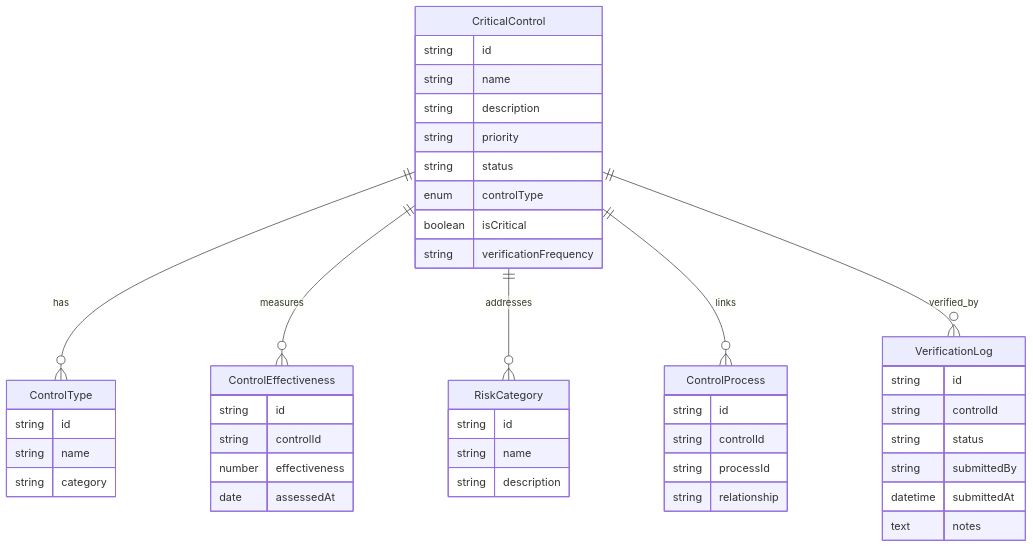
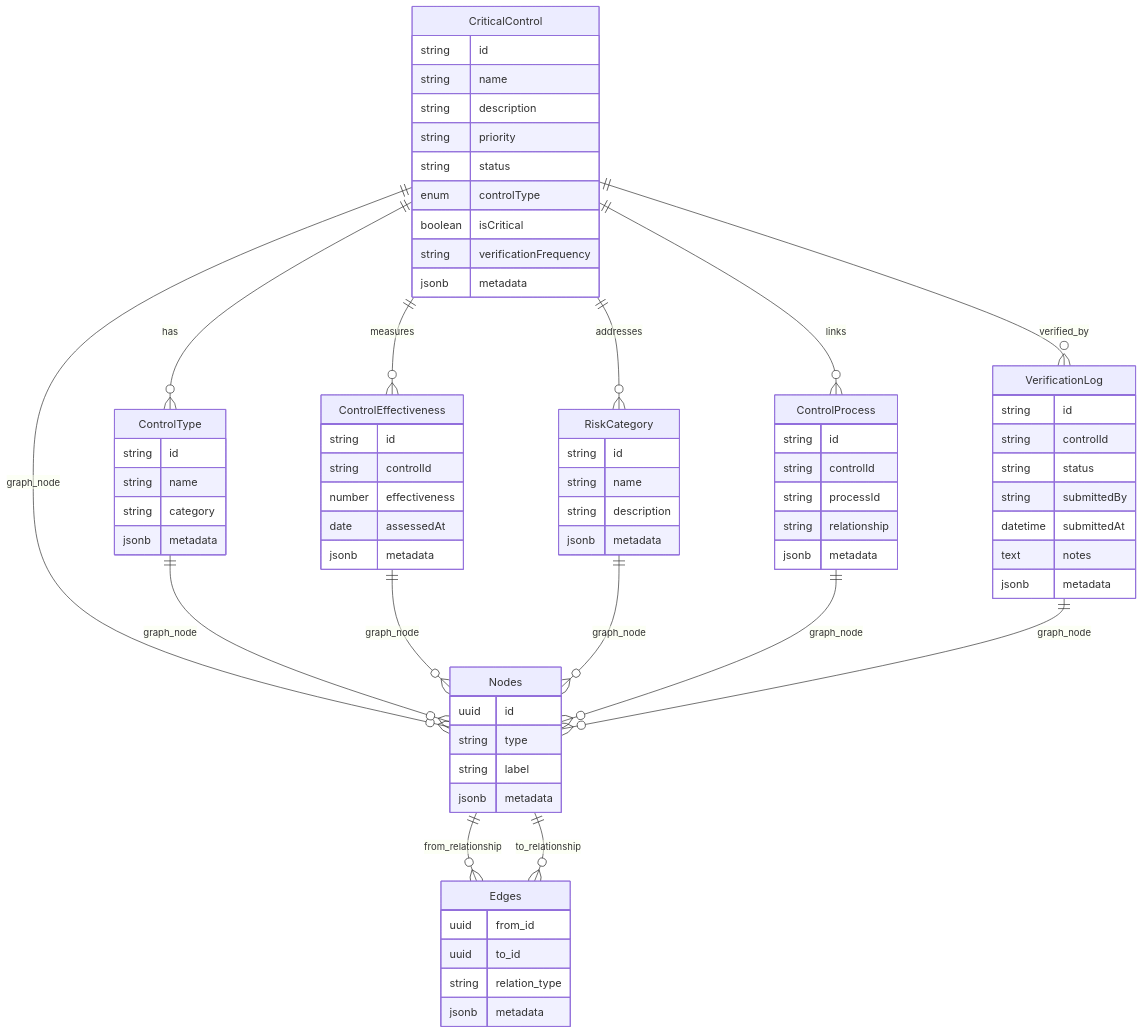
One commit to Duds/capopt_platform changed the eighth of 10 diagrams in docs/design/solution-architecture-design.md. Above: the diagram before and after it, drawn with Mermaid. The commit also changed other lines of this file and 30 other files, not shown here.

First line of the commit message:
feat: implement graph relational architecture and enhance testing infrastructure

````diff
--- a/docs/design/solution-architecture-design.md
+++ b/docs/design/solution-architecture-design.md
@@ -439,48 +924,74 @@
 ```mermaid
 erDiagram
     CriticalControl {
         string id
         string name
         string description
         string priority
         string status
         enum controlType
         boolean isCritical
         string verificationFrequency
+        jsonb metadata
     }
     ControlType {
         string id
         string name
         string category
+        jsonb metadata
     }
     ControlEffectiveness {
         string id
         string controlId
         number effectiveness
         date assessedAt
+        jsonb metadata
     }
     RiskCategory {
         string id
         string name
         string description
+        jsonb metadata
     }
     ControlProcess {
         string id
         string controlId
         string processId
         string relationship
+        jsonb metadata
     }
     VerificationLog {
         string id
         string controlId
         string status
         string submittedBy
         datetime submittedAt
         text notes
+        jsonb metadata
+    }
+    Nodes {
+        uuid id
+        string type
+        string label
+        jsonb metadata
+    }
+    Edges {
+        uuid from_id
+        uuid to_id
+        string relation_type
+        jsonb metadata
     }
     CriticalControl ||--o{ ControlType : has
     CriticalControl ||--o{ ControlEffectiveness : measures
     CriticalControl ||--o{ RiskCategory : addresses
     CriticalControl ||--o{ ControlProcess : links
     CriticalControl ||--o{ VerificationLog : verified_by
+    CriticalControl ||--o{ Nodes : graph_node
+    ControlType ||--o{ Nodes : graph_node
+    ControlEffectiveness ||--o{ Nodes : graph_node
+    RiskCategory ||--o{ Nodes : graph_node
+    ControlProcess ||--o{ Nodes : graph_node
+    VerificationLog ||--o{ Nodes : graph_node
+    Nodes ||--o{ Edges : from_relationship
+    Nodes ||--o{ Edges : to_relationship
 ```
````
